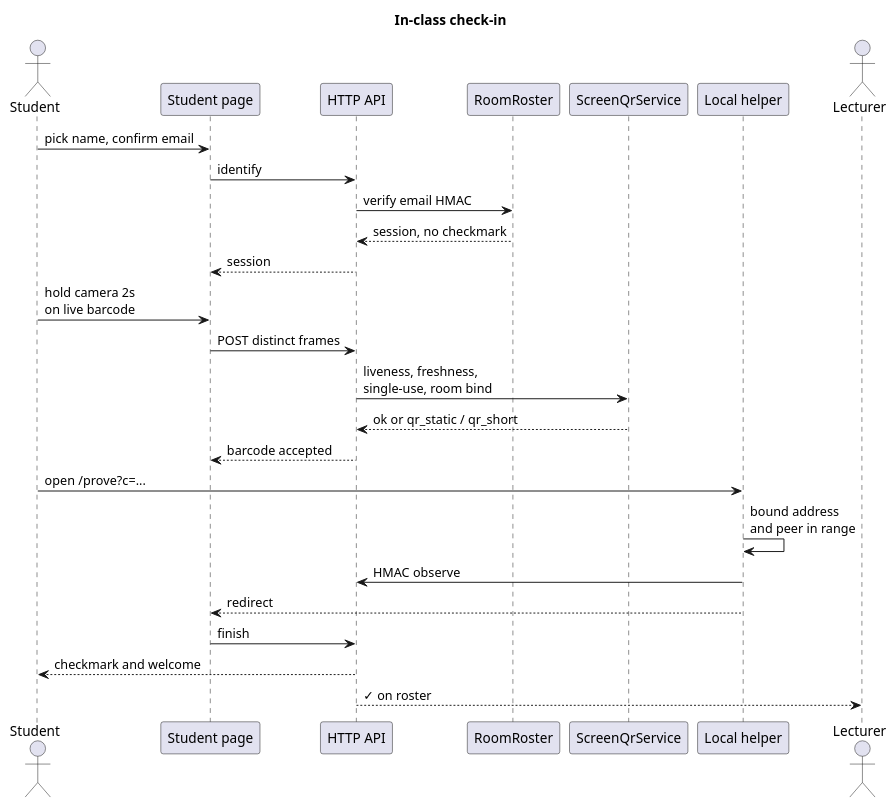
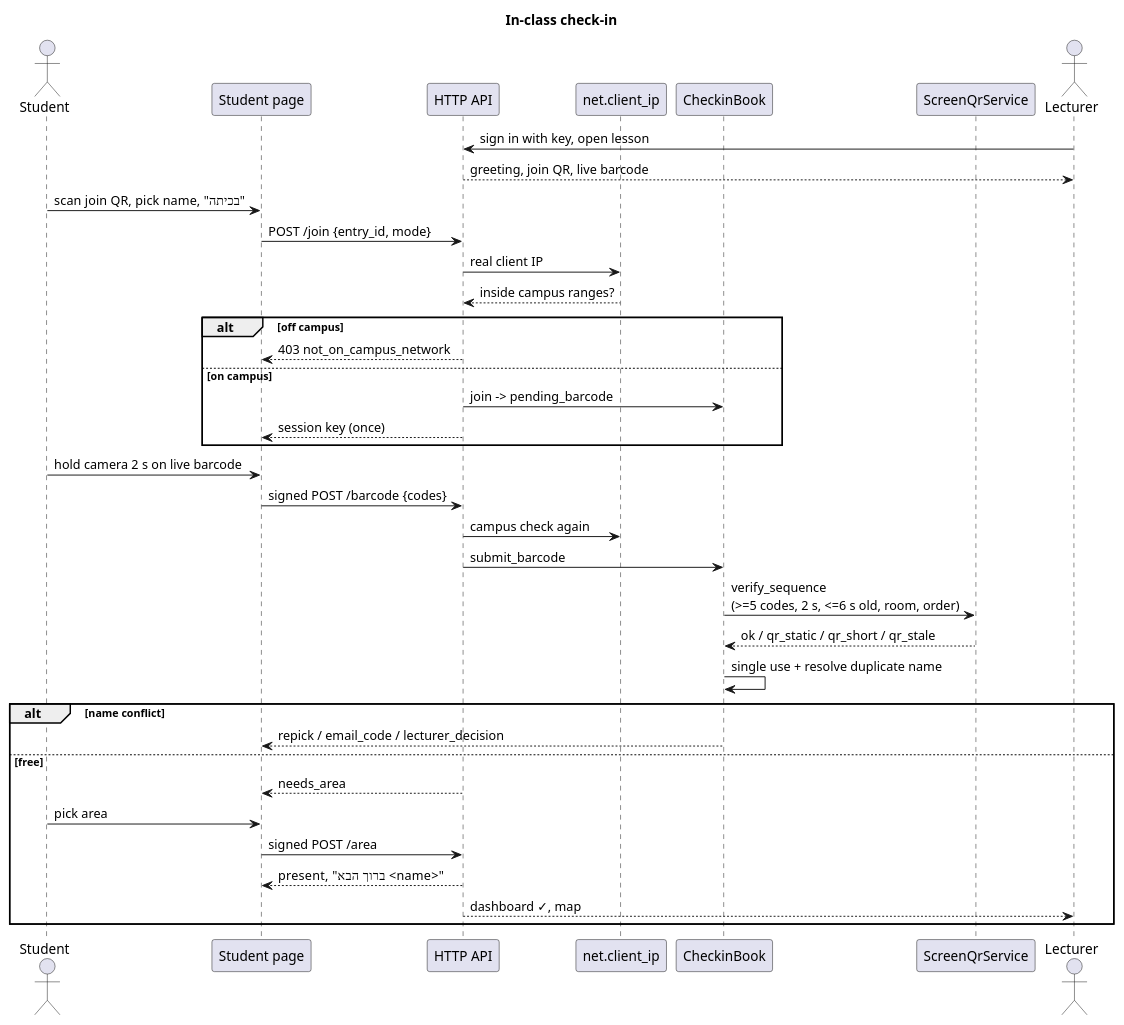
One commit to Haim-Barby/ZooMoodle changed the diagram in docs/diagrams/seq-checkin.puml. Above: the diagram before and after it, drawn with PlantUML. The commit also changed 72 other files, not shown here.

First line of the commit message:
Rebuild attendance and lesson flow

```diff
--- a/docs/diagrams/seq-checkin.puml
+++ b/docs/diagrams/seq-checkin.puml
@@ -1,32 +1,40 @@
 @startuml seq-checkin
 title In-class check-in
 
 actor Student
 participant "Student page" as UI
 participant "HTTP API" as API
-participant RoomRoster as Roster
+participant "net.client_ip" as NET
+participant CheckinBook as CB
 participant ScreenQrService as QR
-participant "Local helper" as Helper
 actor Lecturer
 
-Student -> UI : pick name, confirm email
-UI -> API : identify
-API -> Roster : verify email HMAC
-Roster --> API : session, no checkmark
-API --> UI : session
-
-Student -> UI : hold camera 2s\non live barcode
-UI -> API : POST distinct frames
-API -> QR : liveness, freshness,\nsingle-use, room bind
-QR --> API : ok or qr_static / qr_short
-API --> UI : barcode accepted
-
-Student -> Helper : open /prove?c=...
-Helper -> Helper : bound address\nand peer in range
-Helper -> API : HMAC observe
-Helper --> UI : redirect
-
-UI -> API : finish
-API --> Student : checkmark and welcome
-API --> Lecturer : ✓ on roster
+Lecturer -> API : sign in with key, open lesson
+API --> Lecturer : greeting, join QR, live barcode
+Student -> UI : scan join QR, pick name, "בכיתה"
+UI -> API : POST /join {entry_id, mode}
+API -> NET : real client IP
+NET --> API : inside campus ranges?
+alt off campus
+  API --> UI : 403 not_on_campus_network
+else on campus
+  API -> CB : join -> pending_barcode
+  API --> UI : session key (once)
+end
+Student -> UI : hold camera 2 s on live barcode
+UI -> API : signed POST /barcode {codes}
+API -> NET : campus check again
+API -> CB : submit_barcode
+CB -> QR : verify_sequence\n(>=5 codes, 2 s, <=6 s old, room, order)
+QR --> CB : ok / qr_static / qr_short / qr_stale
+CB -> CB : single use + resolve duplicate name
+alt name conflict
+  CB --> UI : repick / email_code / lecturer_decision
+else free
+  API --> UI : needs_area
+  Student -> UI : pick area
+  UI -> API : signed POST /area
+  API --> UI : present, "ברוך הבא <name>"
+  API --> Lecturer : dashboard ✓, map
+end
 @enduml
```
